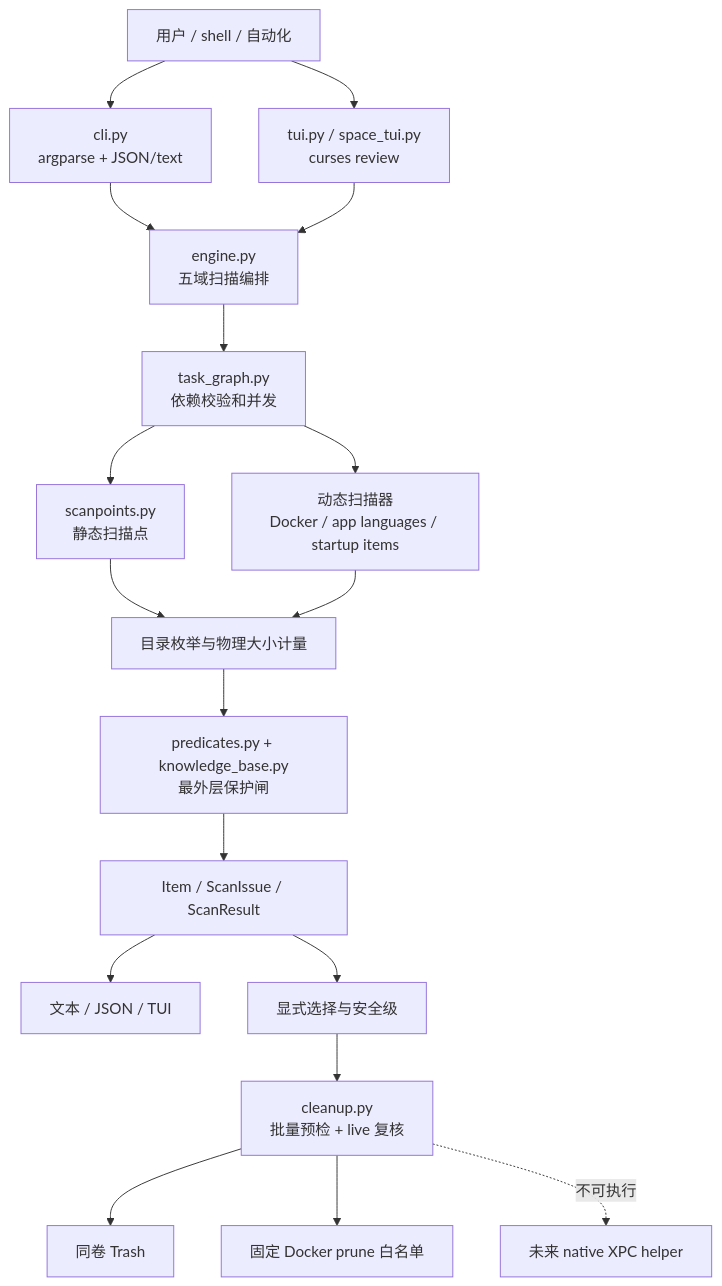
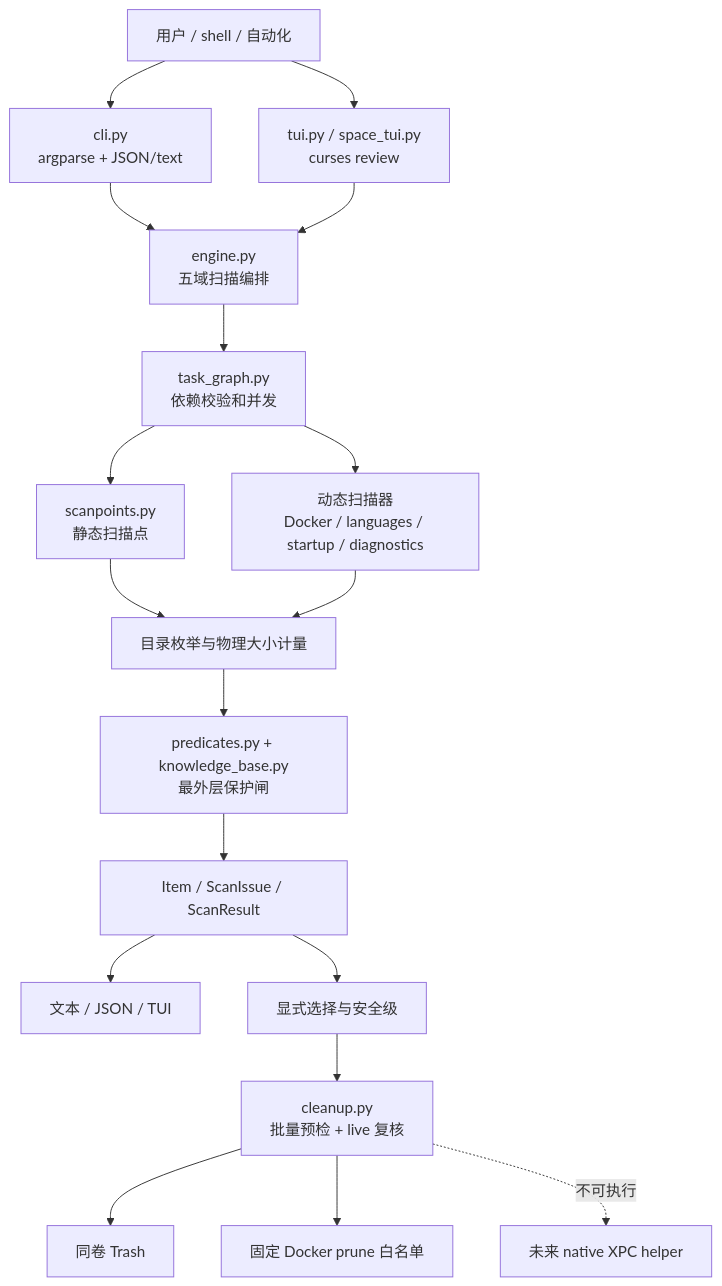
One commit to BlueSkyXN/open-cleanmymac changed the first of 2 diagrams in docs/ARCHITECTURE.md. Above: the diagram before and after it, drawn with Mermaid. The commit also changed other lines of this file and 20 other files, not shown here.

````diff
--- a/docs/ARCHITECTURE.md
+++ b/docs/ARCHITECTURE.md
@@ -16,20 +17,20 @@
 ```mermaid
 flowchart TD
     U[用户 / shell / 自动化] --> CLI[cli.py\nargparse + JSON/text]
     U --> TUI[tui.py / space_tui.py\ncurses review]
     CLI --> ORCH[engine.py\n五域扫描编排]
     TUI --> ORCH
     ORCH --> DAG[task_graph.py\n依赖校验和并发]
     DAG --> SP[scanpoints.py\n静态扫描点]
-    DAG --> DYN[动态扫描器\nDocker / app languages / startup items]
+    DAG --> DYN[动态扫描器\nDocker / languages / startup / diagnostics]
     SP --> FS[目录枚举与物理大小计量]
     DYN --> FS
     FS --> GATE[predicates.py + knowledge_base.py\n最外层保护闸]
     GATE --> MODEL[Item / ScanIssue / ScanResult]
     MODEL --> OUT[文本 / JSON / TUI]
     MODEL --> SELECT[显式选择与安全级]
     SELECT --> AUDIT[cleanup.py\n批量预检 + live 复核]
     AUDIT --> TRASH[同卷 Trash]
     AUDIT --> DOCKER[固定 Docker prune 白名单]
     AUDIT -. 不可执行 .-> XPC[未来 native XPC helper]
 ```
````
